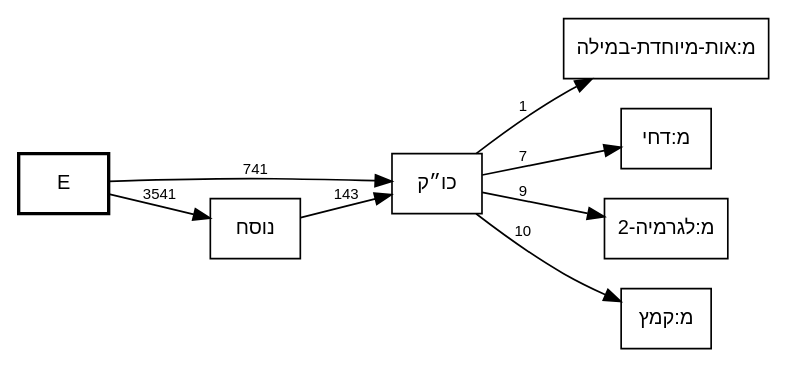
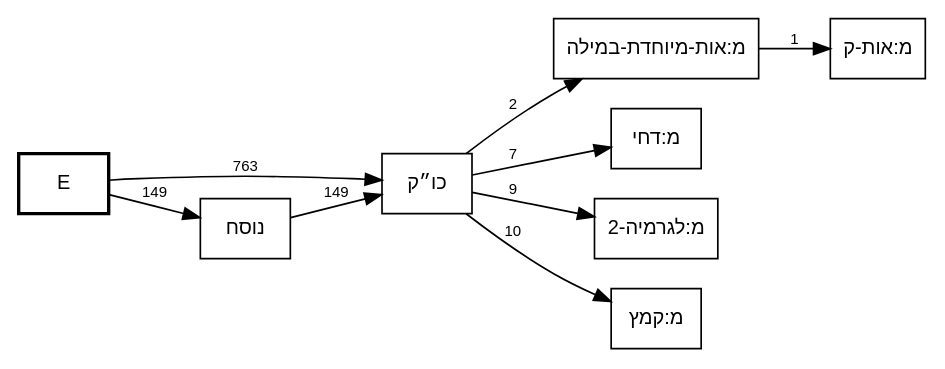
One commit to bdenckla/MAM-basics changed the diagram in out/MAM-tmpl-survey/plus-kuk-call-graph.dot. Above: the diagram before and after it, drawn with Graphviz. The commit also changed 11 other files, not shown here.

First line of the commit message:
Scope focused call-graph edge counts to target-involving stacks

```diff
--- a/out/MAM-tmpl-survey/plus-kuk-call-graph.dot
+++ b/out/MAM-tmpl-survey/plus-kuk-call-graph.dot
@@ -1,24 +1,25 @@
 // This file was generated by MAM-basics/py/main_tmpl_survey.py.
 // Do not edit by hand.
 digraph template_call_graph {
     rankdir=LR;
     node [fontname="SBL Hebrew,Helvetica", fontsize=12];
     edge [fontname="Helvetica", fontsize=9];
     graph [comment="This file was generated by MAM-basics/py/main_tmpl_survey.py."];
 
     // Column nodes
     node [shape=box, style=bold];
     "E";
 
     // Template nodes
     node [shape=box, style=""];
 
     // Edges
-    "E" -> "כו״ק" [label="741"];
-    "E" -> "נוסח" [label="3541"];
-    "כו״ק" -> "מ:אות-מיוחדת-במילה" [label="1"];
+    "E" -> "כו״ק" [label="763"];
+    "E" -> "נוסח" [label="149"];
+    "כו״ק" -> "מ:אות-מיוחדת-במילה" [label="2"];
     "כו״ק" -> "מ:דחי" [label="7"];
     "כו״ק" -> "מ:לגרמיה-2" [label="9"];
     "כו״ק" -> "מ:קמץ" [label="10"];
-    "נוסח" -> "כו״ק" [label="143"];
+    "מ:אות-מיוחדת-במילה" -> "מ:אות-ק" [label="1"];
+    "נוסח" -> "כו״ק" [label="149"];
 }
```
